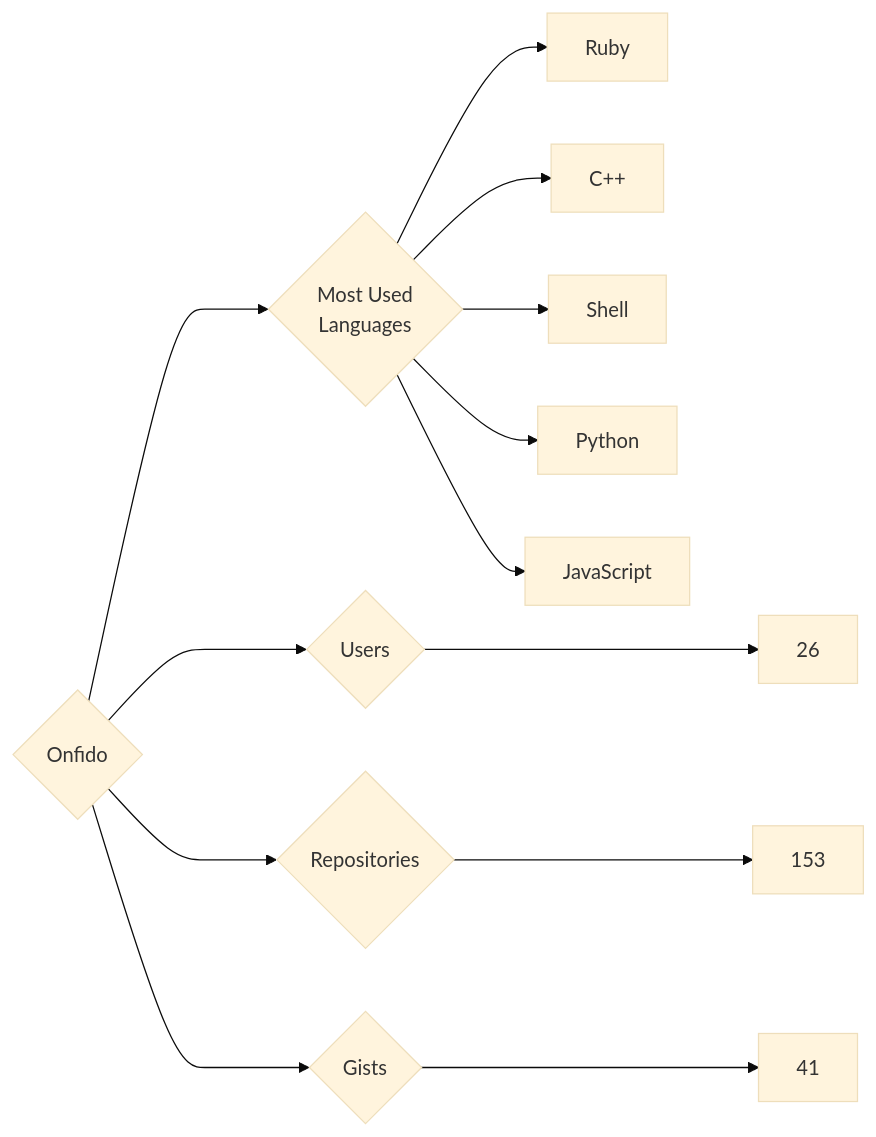
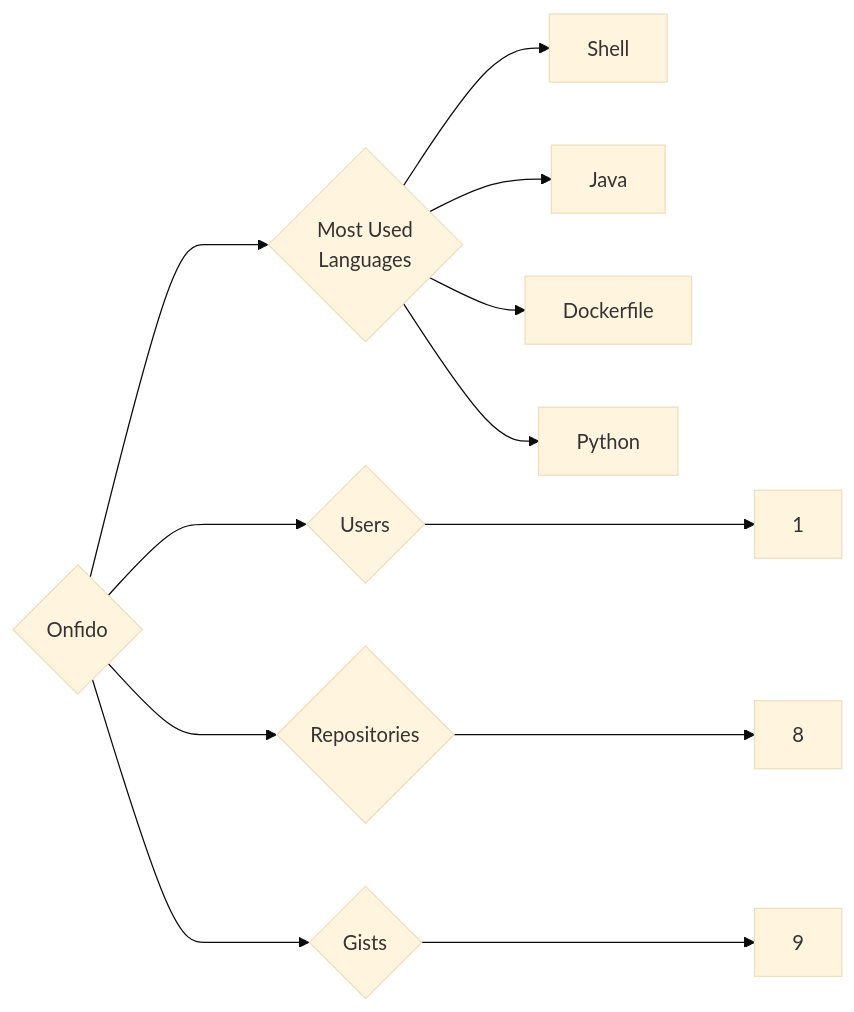
Before and after one commit to trickest/insiders: the diagram in targets/Onfido/README.md, drawn with Mermaid (base theme). The commit also changed 815 other files, not shown here.

````diff
--- a/targets/Onfido/README.md
+++ b/targets/Onfido/README.md
@@ -3,13 +3,12 @@
 ```mermaid
 graph LR
 COMPANY_NAME{Onfido}
-COMPANY_NAME ---> U{Users} ---> UN[26]
-COMPANY_NAME ---> R{Repositories} ---> RN[153]
-COMPANY_NAME ---> G{Gists} ---> GN[41]
+COMPANY_NAME ---> U{Users} ---> UN[1]
+COMPANY_NAME ---> R{Repositories} ---> RN[8]
+COMPANY_NAME ---> G{Gists} ---> GN[9]
 COMPANY_NAME ---> ML{Most Used<br>Languages}
-ML --> Ruby[Ruby]
-ML --> C++[C++]
 ML --> Shell[Shell]
+ML --> Java[Java]
+ML --> Dockerfile[Dockerfile]
 ML --> Python[Python]
-ML --> JavaScript[JavaScript]
 ```
````
